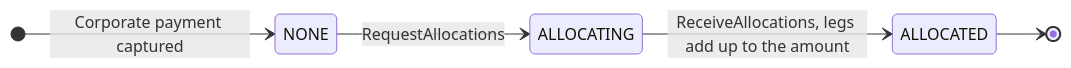
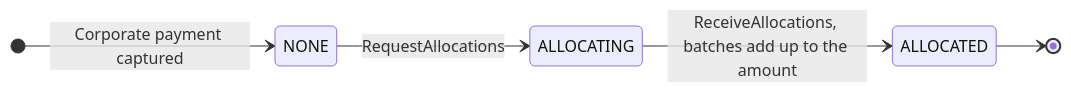
One commit to arunav-bhattacharya/billpay-book changed the third of 3 diagrams in website/docs/design/payment-state-model.md. Above: the diagram before and after it, drawn with Mermaid. The commit also changed other lines of this file and 19 other files, not shown here.

````diff
--- a/website/docs/design/payment-state-model.md
+++ b/website/docs/design/payment-state-model.md
@@ -119,8 +164,8 @@
 ```mermaid
 stateDiagram-v2
   direction LR
   [*] --> NONE: Corporate payment captured
   NONE --> ALLOCATING: RequestAllocations
-  ALLOCATING --> ALLOCATED: ReceiveAllocations, legs add up to the amount
+  ALLOCATING --> ALLOCATED: ReceiveAllocations, batches add up to the amount
   ALLOCATED --> [*]
 ```
````
